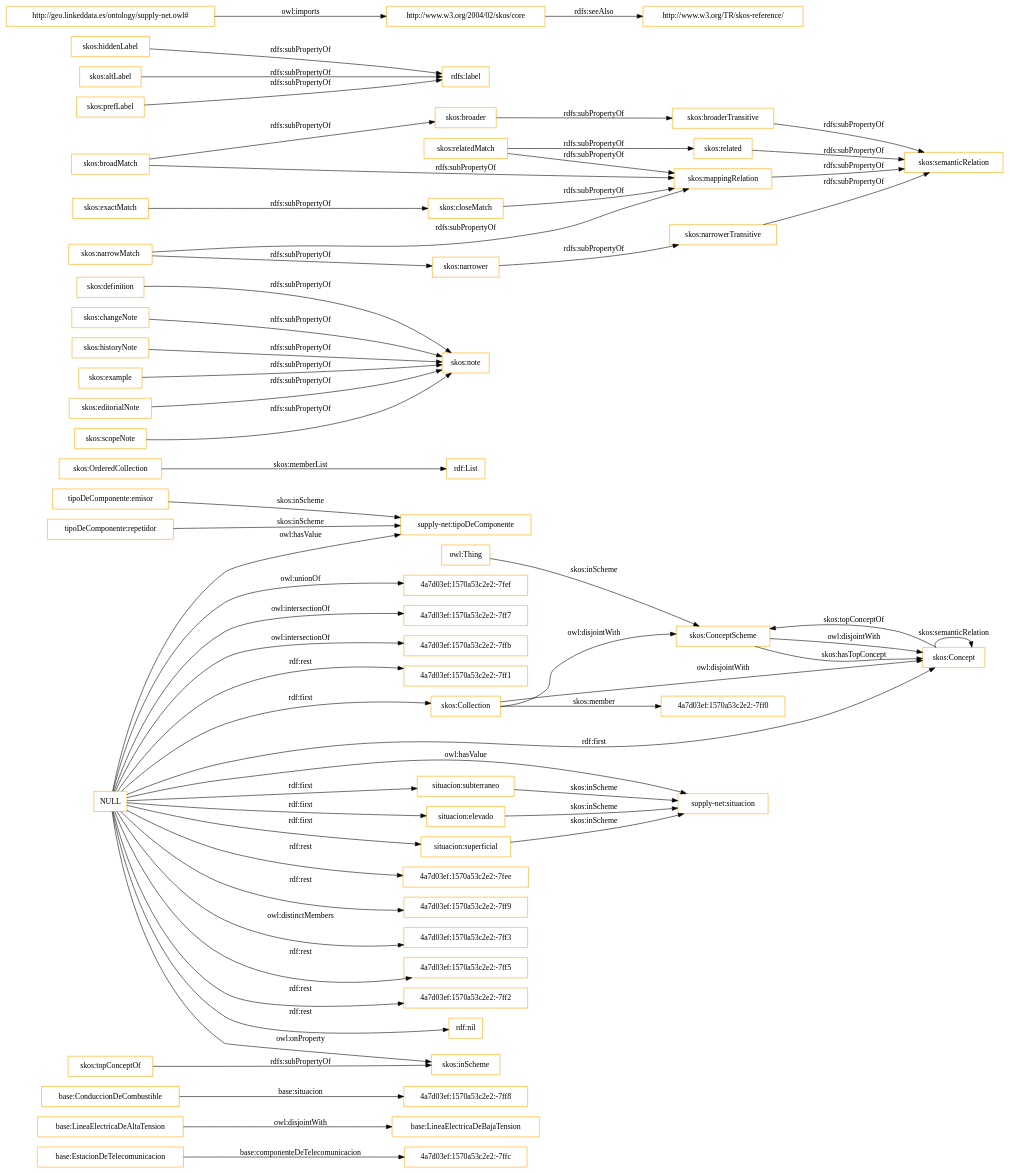
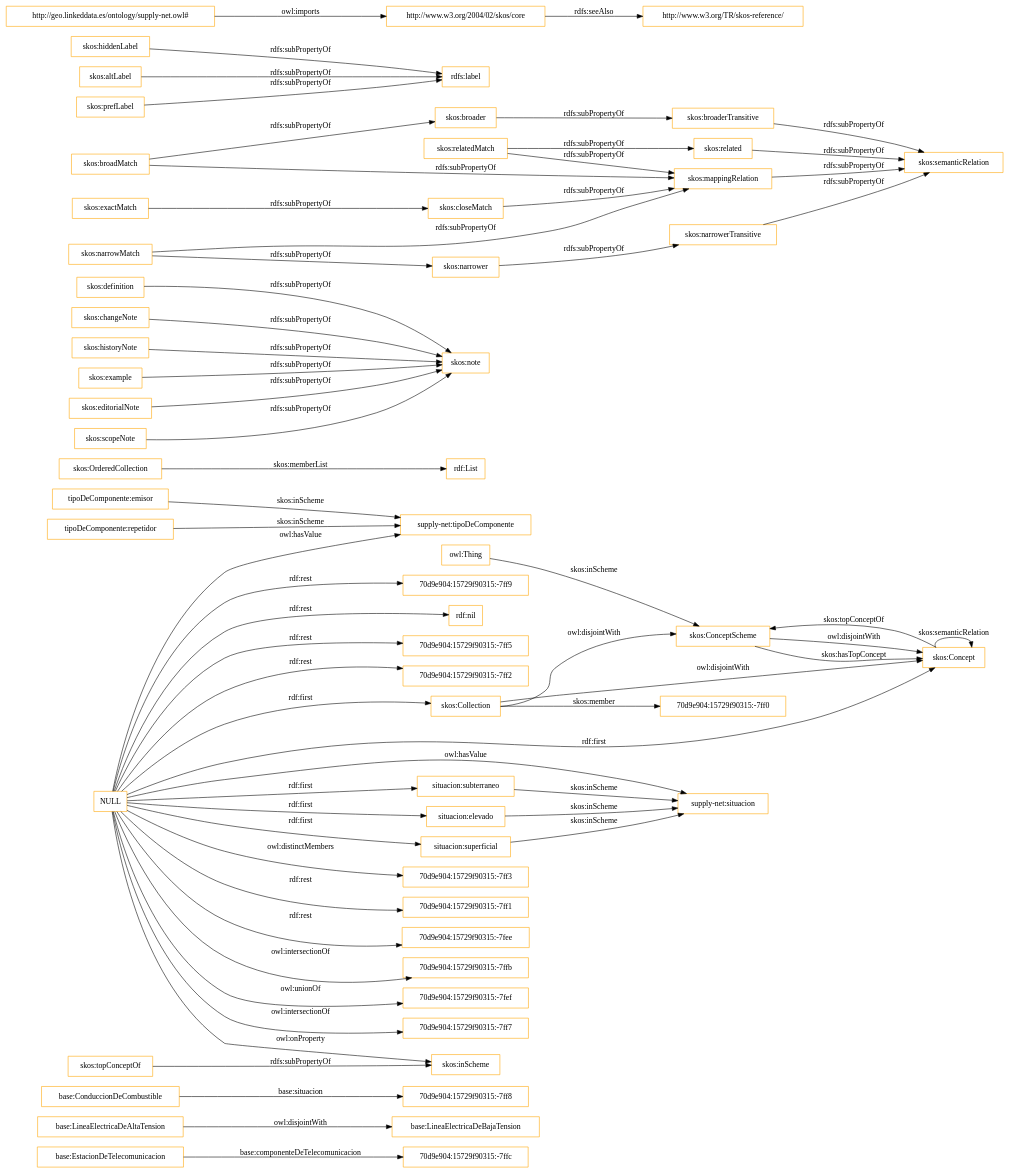
One commit to OnToologyUser/btn100-ontology changed the diagram in OnToology/supply-net-ontology.owl/diagrams/ar2dtool-class/supply-net-ontology.owl.png.dot. Above: the diagram before and after it, drawn with Graphviz. The commit also changed 662 other files, not shown here.

```diff
--- a/OnToology/supply-net-ontology.owl/diagrams/ar2dtool-class/supply-net-ontology.owl.png.dot
+++ b/OnToology/supply-net-ontology.owl/diagrams/ar2dtool-class/supply-net-ontology.owl.png.dot
@@ -1,67 +1,67 @@
 digraph ar2dtool_diagram { 
 rankdir=LR;
 size="1501"
-node [shape = rectangle, color="orange"]; "base:EstacionDeTelecomunicacion" "base:LineaElectricaDeBajaTension" "4a7d03ef:1570a53c2e2:-7ffc" "base:ConduccionDeCombustible" "4a7d03ef:1570a53c2e2:-7ff8" "base:LineaElectricaDeAltaTension" "4a7d03ef:1570a53c2e2:-7ff0" "skos:OrderedCollection" "skos:Collection" "skos:ConceptScheme" "skos:Concept" ; /*classes style*/
+node [shape = rectangle, color="orange"]; "base:EstacionDeTelecomunicacion" "70d9e904:15729f90315:-7ffc" "base:LineaElectricaDeBajaTension" "base:ConduccionDeCombustible" "70d9e904:15729f90315:-7ff8" "base:LineaElectricaDeAltaTension" "70d9e904:15729f90315:-7ff0" "skos:OrderedCollection" "skos:Collection" "skos:ConceptScheme" "skos:Concept" ; /*classes style*/
 	"situacion:subterraneo" -> "supply-net:situacion" [ label = "skos:inScheme" ];
 	"skos:definition" -> "skos:note" [ label = "rdfs:subPropertyOf" ];
 	"situacion:elevado" -> "supply-net:situacion" [ label = "skos:inScheme" ];
 	"skos:relatedMatch" -> "skos:related" [ label = "rdfs:subPropertyOf" ];
 	"skos:relatedMatch" -> "skos:mappingRelation" [ label = "rdfs:subPropertyOf" ];
 	"skos:changeNote" -> "skos:note" [ label = "rdfs:subPropertyOf" ];
 	"skos:hiddenLabel" -> "rdfs:label" [ label = "rdfs:subPropertyOf" ];
 	"skos:related" -> "skos:semanticRelation" [ label = "rdfs:subPropertyOf" ];
 	"situacion:superficial" -> "supply-net:situacion" [ label = "skos:inScheme" ];
 	"skos:ConceptScheme" -> "skos:Concept" [ label = "owl:disjointWith" ];
 	"skos:altLabel" -> "rdfs:label" [ label = "rdfs:subPropertyOf" ];
 	"skos:narrower" -> "skos:narrowerTransitive" [ label = "rdfs:subPropertyOf" ];
 	"skos:broader" -> "skos:broaderTransitive" [ label = "rdfs:subPropertyOf" ];
 	"skos:broaderTransitive" -> "skos:semanticRelation" [ label = "rdfs:subPropertyOf" ];
 	"tipoDeComponente:emisor" -> "supply-net:tipoDeComponente" [ label = "skos:inScheme" ];
 	"skos:historyNote" -> "skos:note" [ label = "rdfs:subPropertyOf" ];
 	"skos:broadMatch" -> "skos:broader" [ label = "rdfs:subPropertyOf" ];
 	"skos:broadMatch" -> "skos:mappingRelation" [ label = "rdfs:subPropertyOf" ];
 	"http://www.w3.org/2004/02/skos/core" -> "http://www.w3.org/TR/skos-reference/" [ label = "rdfs:seeAlso" ];
 	"skos:narrowerTransitive" -> "skos:semanticRelation" [ label = "rdfs:subPropertyOf" ];
 	"NULL" -> "situacion:superficial" [ label = "rdf:first" ];
+	"NULL" -> "70d9e904:15729f90315:-7ff1" [ label = "rdf:rest" ];
 	"NULL" -> "situacion:elevado" [ label = "rdf:first" ];
-	"NULL" -> "4a7d03ef:1570a53c2e2:-7ff9" [ label = "rdf:rest" ];
-	"NULL" -> "4a7d03ef:1570a53c2e2:-7ff3" [ label = "owl:distinctMembers" ];
+	"NULL" -> "70d9e904:15729f90315:-7fee" [ label = "rdf:rest" ];
 	"NULL" -> "situacion:subterraneo" [ label = "rdf:first" ];
-	"NULL" -> "4a7d03ef:1570a53c2e2:-7ff5" [ label = "rdf:rest" ];
+	"NULL" -> "70d9e904:15729f90315:-7ffb" [ label = "owl:intersectionOf" ];
+	"NULL" -> "70d9e904:15729f90315:-7fef" [ label = "owl:unionOf" ];
+	"NULL" -> "70d9e904:15729f90315:-7ff7" [ label = "owl:intersectionOf" ];
+	"NULL" -> "70d9e904:15729f90315:-7ff9" [ label = "rdf:rest" ];
 	"NULL" -> "skos:Concept" [ label = "rdf:first" ];
 	"NULL" -> "supply-net:situacion" [ label = "owl:hasValue" ];
-	"NULL" -> "4a7d03ef:1570a53c2e2:-7ff2" [ label = "rdf:rest" ];
 	"NULL" -> "rdf:nil" [ label = "rdf:rest" ];
-	"NULL" -> "4a7d03ef:1570a53c2e2:-7fef" [ label = "owl:unionOf" ];
+	"NULL" -> "70d9e904:15729f90315:-7ff5" [ label = "rdf:rest" ];
 	"NULL" -> "supply-net:tipoDeComponente" [ label = "owl:hasValue" ];
-	"NULL" -> "4a7d03ef:1570a53c2e2:-7ff7" [ label = "owl:intersectionOf" ];
-	"NULL" -> "4a7d03ef:1570a53c2e2:-7ffb" [ label = "owl:intersectionOf" ];
-	"NULL" -> "4a7d03ef:1570a53c2e2:-7ff1" [ label = "rdf:rest" ];
+	"NULL" -> "70d9e904:15729f90315:-7ff2" [ label = "rdf:rest" ];
+	"NULL" -> "70d9e904:15729f90315:-7ff3" [ label = "owl:distinctMembers" ];
 	"NULL" -> "skos:Collection" [ label = "rdf:first" ];
-	"NULL" -> "4a7d03ef:1570a53c2e2:-7fee" [ label = "rdf:rest" ];
 	"NULL" -> "skos:inScheme" [ label = "owl:onProperty" ];
 	"skos:prefLabel" -> "rdfs:label" [ label = "rdfs:subPropertyOf" ];
 	"skos:narrowMatch" -> "skos:narrower" [ label = "rdfs:subPropertyOf" ];
 	"skos:narrowMatch" -> "skos:mappingRelation" [ label = "rdfs:subPropertyOf" ];
 	"skos:example" -> "skos:note" [ label = "rdfs:subPropertyOf" ];
 	"skos:mappingRelation" -> "skos:semanticRelation" [ label = "rdfs:subPropertyOf" ];
 	"skos:Collection" -> "skos:ConceptScheme" [ label = "owl:disjointWith" ];
 	"skos:Collection" -> "skos:Concept" [ label = "owl:disjointWith" ];
 	"skos:topConceptOf" -> "skos:inScheme" [ label = "rdfs:subPropertyOf" ];
 	"skos:exactMatch" -> "skos:closeMatch" [ label = "rdfs:subPropertyOf" ];
 	"skos:editorialNote" -> "skos:note" [ label = "rdfs:subPropertyOf" ];
 	"skos:closeMatch" -> "skos:mappingRelation" [ label = "rdfs:subPropertyOf" ];
 	"base:LineaElectricaDeAltaTension" -> "base:LineaElectricaDeBajaTension" [ label = "owl:disjointWith" ];
 	"tipoDeComponente:repetidor" -> "supply-net:tipoDeComponente" [ label = "skos:inScheme" ];
 	"http://geo.linkeddata.es/ontology/supply-net.owl#" -> "http://www.w3.org/2004/02/skos/core" [ label = "owl:imports" ];
 	"skos:scopeNote" -> "skos:note" [ label = "rdfs:subPropertyOf" ];
 	"skos:OrderedCollection" -> "rdf:List" [ label = "skos:memberList" ];
 	"skos:ConceptScheme" -> "skos:Concept" [ label = "skos:hasTopConcept" ];
-	"base:EstacionDeTelecomunicacion" -> "4a7d03ef:1570a53c2e2:-7ffc" [ label = "base:componenteDeTelecomunicacion" ];
+	"base:EstacionDeTelecomunicacion" -> "70d9e904:15729f90315:-7ffc" [ label = "base:componenteDeTelecomunicacion" ];
 	"skos:Concept" -> "skos:Concept" [ label = "skos:semanticRelation" ];
 	"skos:Concept" -> "skos:ConceptScheme" [ label = "skos:topConceptOf" ];
-	"skos:Collection" -> "4a7d03ef:1570a53c2e2:-7ff0" [ label = "skos:member" ];
-	"base:ConduccionDeCombustible" -> "4a7d03ef:1570a53c2e2:-7ff8" [ label = "base:situacion" ];
+	"skos:Collection" -> "70d9e904:15729f90315:-7ff0" [ label = "skos:member" ];
+	"base:ConduccionDeCombustible" -> "70d9e904:15729f90315:-7ff8" [ label = "base:situacion" ];
 	"owl:Thing" -> "skos:ConceptScheme" [ label = "skos:inScheme" ];
 
 }
```
